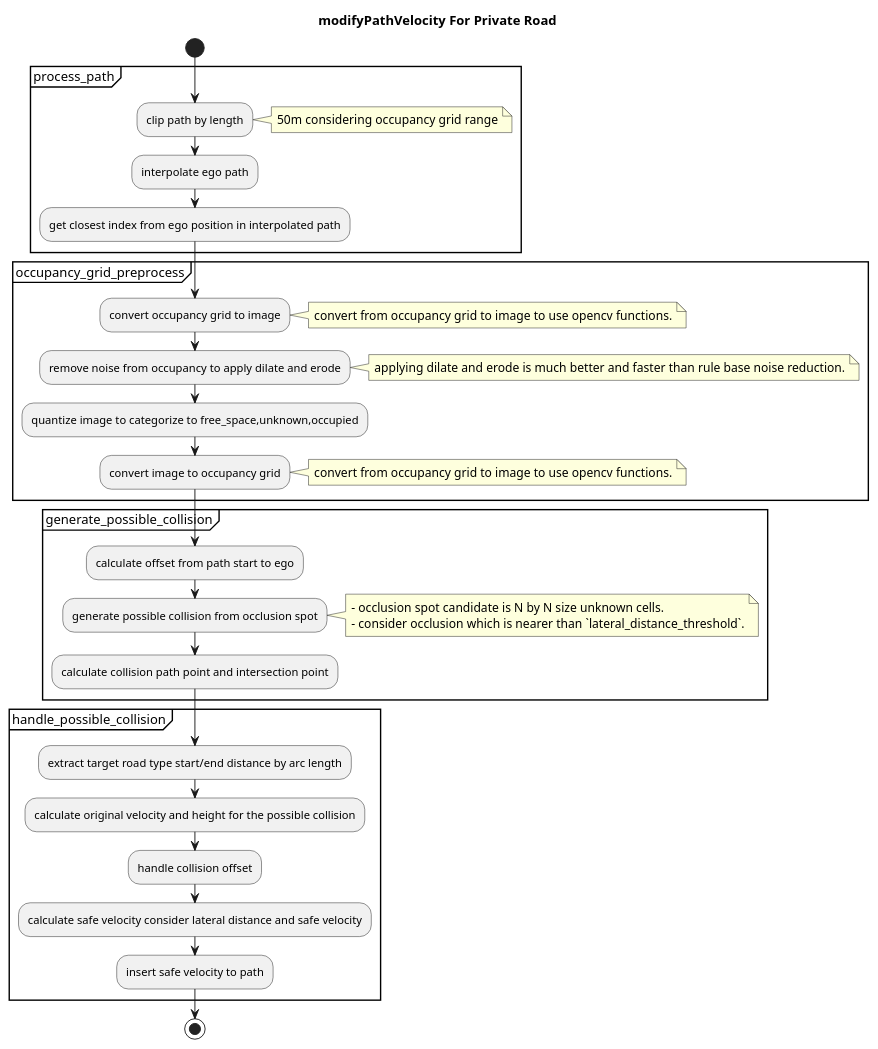
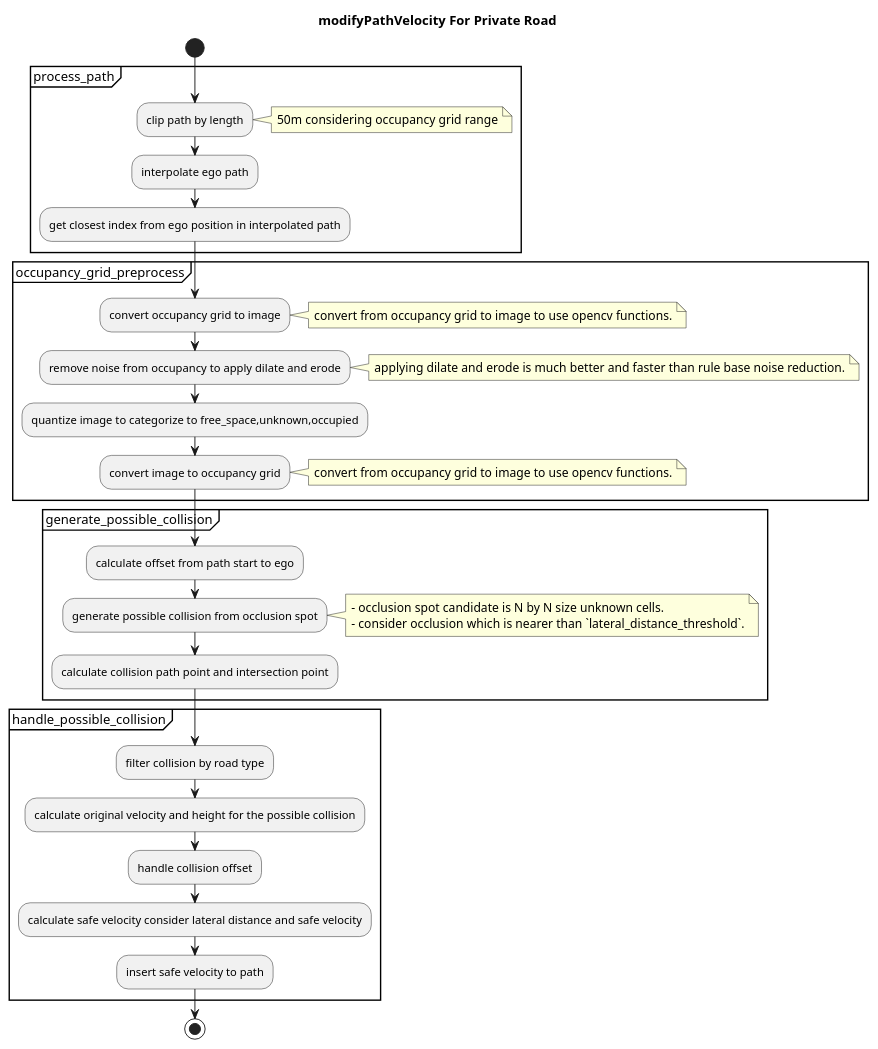
One commit to autowarefoundation/autoware.universe changed the third of 3 diagrams in planning/behavior_velocity_planner/occlusion-spot-design.md. Above: the diagram before and after it, drawn with PlantUML. The commit also changed other lines of this file and 4 other files, not shown here.

Commit message:
feat(behavior_velocity): early return at no target road type

````diff
--- a/planning/behavior_velocity_planner/occlusion-spot-design.md
+++ b/planning/behavior_velocity_planner/occlusion-spot-design.md
@@ -198,47 +203,47 @@
 ```plantuml
 @startuml
 title modifyPathVelocity For Private Road
 start
 
 partition process_path {
 :clip path by length;
 note right
   50m considering occupancy grid range
 end note
 :interpolate ego path;
 :get closest index from ego position in interpolated path;
 }
 partition occupancy_grid_preprocess {
 :convert occupancy grid to image;
 note right
   convert from occupancy grid to image to use opencv functions.
 end note
 :remove noise from occupancy to apply dilate and erode;
 note right
   applying dilate and erode is much better and faster than rule base noise reduction.
 end note
 :quantize image to categorize to free_space,unknown,occupied;
 :convert image to occupancy grid;
 note right
   convert from occupancy grid to image to use opencv functions.
 end note
 }
 partition generate_possible_collision {
 :calculate offset from path start to ego;
 :generate possible collision from occlusion spot;
 note right
   - occlusion spot candidate is N by N size unknown cells.
   - consider occlusion which is nearer than `lateral_distance_threshold`.
 end note
 :calculate collision path point and intersection point;
 }
 partition handle_possible_collision{
-:extract target road type start/end distance by arc length;
+:filter collision by road type;
 :calculate original velocity and height for the possible collision;
 :handle collision offset;
 :calculate safe velocity consider lateral distance and safe velocity;
 :insert safe velocity to path;
 }
 stop
 @enduml
 ```
````
